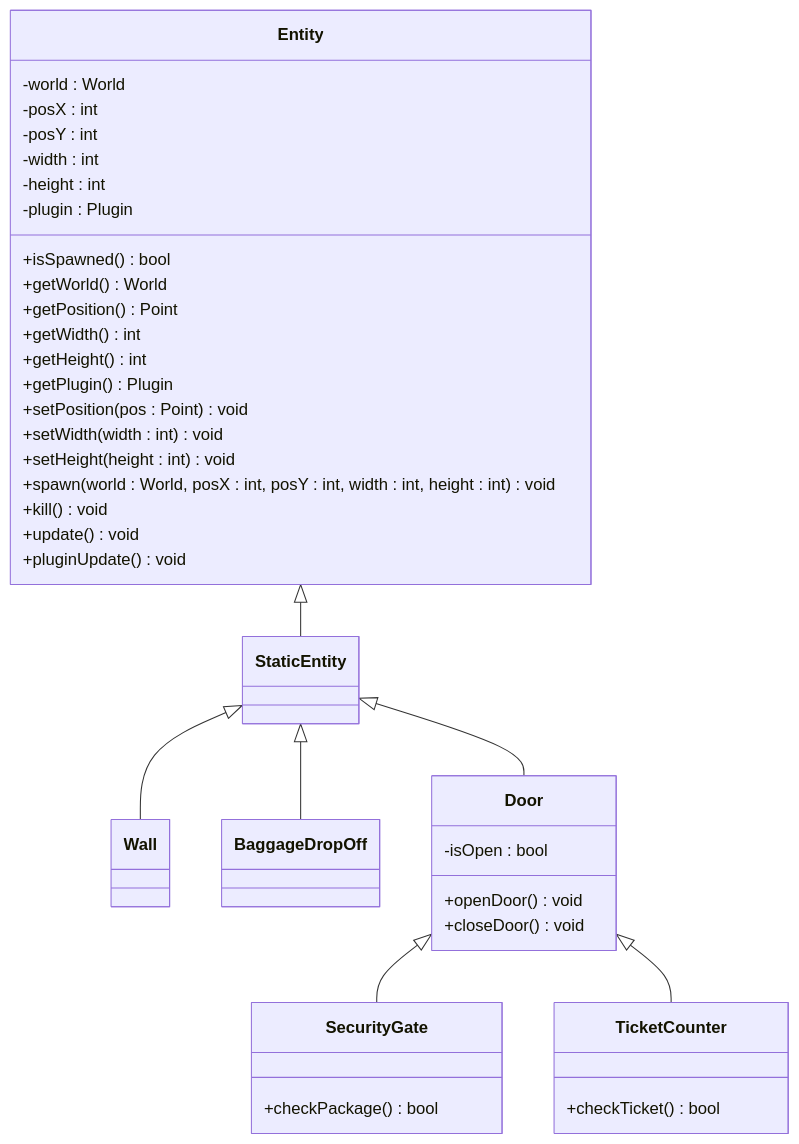
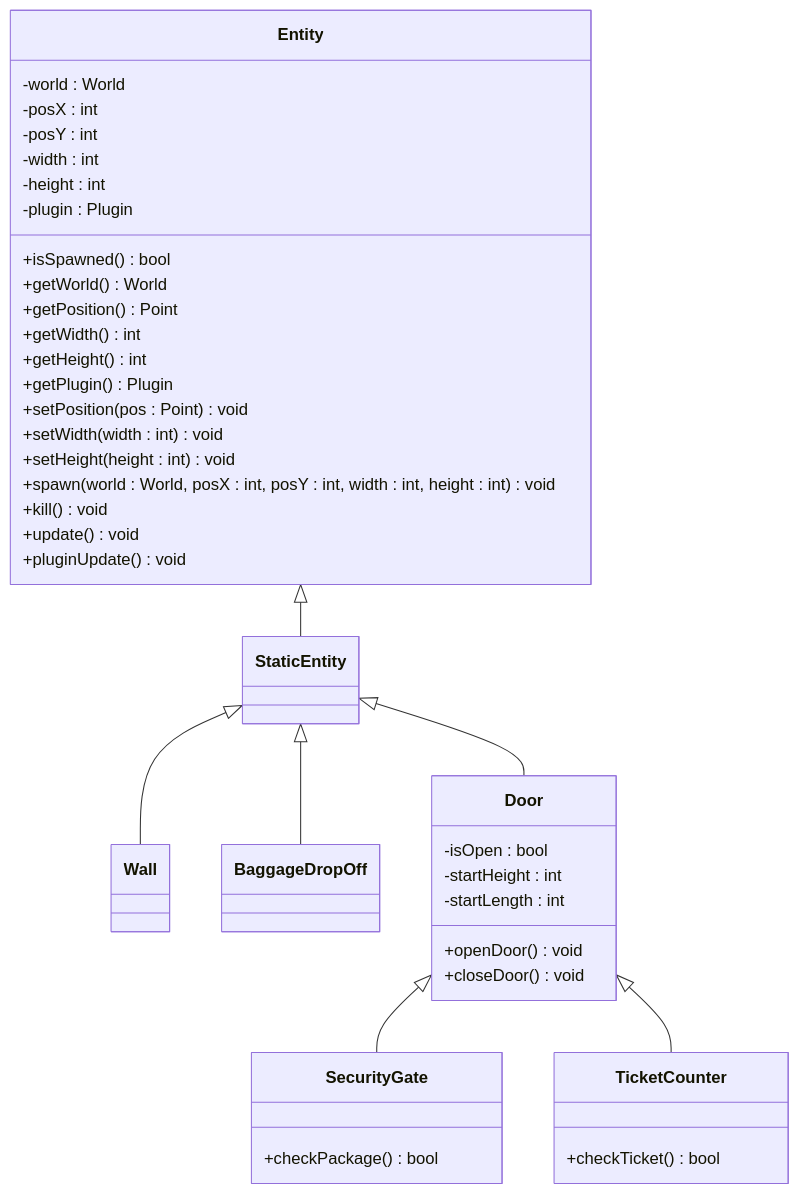
One commit to moritzrfs/AirportAgent-Objekte changed the second of 2 diagrams in README.md. Above: the diagram before and after it, drawn with Mermaid. The commit also changed 3 other files, not shown here.

````diff
--- a/README.md
+++ b/README.md
@@ -70,45 +70,47 @@
 ```mermaid
 classDiagram
 Entity <|-- StaticEntity 
 StaticEntity <|-- Wall
 StaticEntity <|-- BaggageDropOff
 StaticEntity <|-- Door
 Door <|-- SecurityGate
 Door <|-- TicketCounter
 
 class Entity{
   -world : World
   -posX : int
   -posY : int
   -width : int
   -height : int
   -plugin : Plugin
   +isSpawned() bool
   +getWorld() World
   +getPosition() Point
   +getWidth() int
   +getHeight() int
   +getPlugin() Plugin
   +setPosition(pos : Point) void
   +setWidth(width : int) void
   +setHeight(height : int) void
   +spawn(world : World, posX : int, posY : int, width : int, height : int) void
   +kill() void
   +update() void
   +pluginUpdate() void
 }
 
 class Door{
   -isOpen : bool
+  -startHeight : int
+  -startLength : int
   +openDoor() void
   +closeDoor() void
 }
 
 class SecurityGate{
   +checkPackage() bool
 }
 
 class TicketCounter{
   +checkTicket() bool
 }
 ```
````
